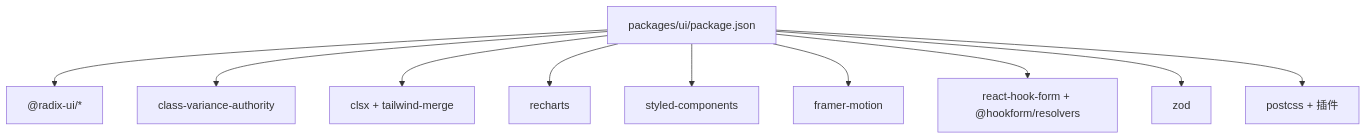
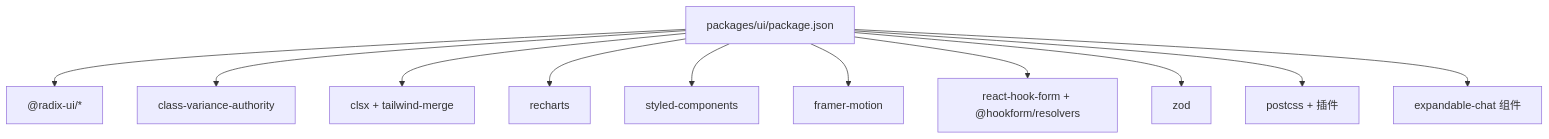
Before and after one commit to LRF0422/Kotion: diagram 14 of 14 in .qoder/repowiki/zh/content/架构设计/UI组件架构/UI组件架构.md, drawn with Mermaid. The commit also changed other lines of this file and 10 other files, not shown here.

````diff
--- a/.qoder/repowiki/zh/content/架构设计/UI组件架构/UI组件架构.md
+++ b/.qoder/repowiki/zh/content/架构设计/UI组件架构/UI组件架构.md
@@ -447,22 +585,24 @@
 ```mermaid
 graph TB
 PKG["packages/ui/package.json"]
 RADIX["@radix-ui/*"]
 CVA["class-variance-authority"]
 CLX["clsx + tailwind-merge"]
 RECHARTS["recharts"]
 SC["styled-components"]
 FM["framer-motion"]
 RHF["react-hook-form + @hookform/resolvers"]
 ZOD["zod"]
 POSTCSS["postcss + 插件"]
+EXPCHAT["expandable-chat 组件"]
 PKG --> RADIX
 PKG --> CVA
 PKG --> CLX
 PKG --> RECHARTS
 PKG --> SC
 PKG --> FM
 PKG --> RHF
 PKG --> ZOD
 PKG --> POSTCSS
+PKG --> EXPCHAT
 ```
````
